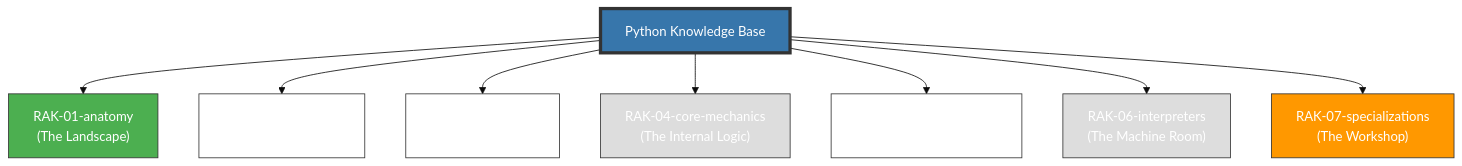
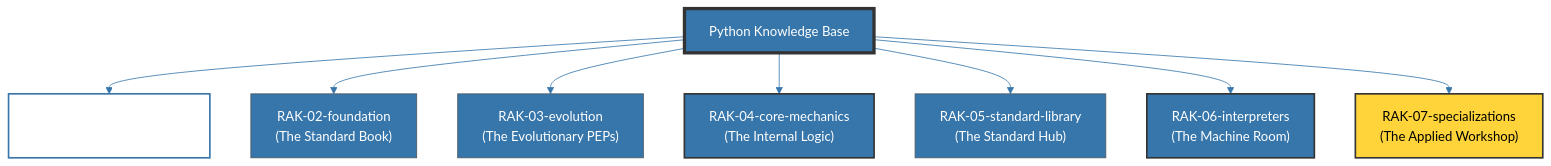
The second of 2 diagrams in README.md (syahputrawork98-sketch/Python-Knowledge-Base), drawn with Mermaid before and after one commit. The commit also changed other lines of this file and 30 other files, not shown here.

Commit message:
feat: initialize Python knowledge base structure with history, philosophy, and documentation standards

````diff
--- a/README.md
+++ b/README.md
@@ -9,25 +51,22 @@
 ```mermaid
-%%{init: {'theme': 'base', 'themeVariables': { 'primaryColor': '#3776AB', 'primaryTextColor': '#FFF'}}}%%
+%%{init: {'theme': 'base', 'themeVariables': { 'primaryColor': '#3776AB', 'primaryTextColor': '#fff', 'lineColor': '#3776AB'}}}%%
 graph TD
     Root["Python Knowledge Base"]
-
-    RAK01["RAK-01-anatomy<br/>(The Landscape)"]
+    
+    RAK01["RAK-01-history-landscape<br/>(The Serpent's Soul)"]
     RAK02["RAK-02-foundation<br/>(The Standard Book)"]
-    RAK03["RAK-03-evolution<br/>(History & Future)"]
+    RAK03["RAK-03-evolution<br/>(The Evolutionary PEPs)"]
     RAK04["RAK-04-core-mechanics<br/>(The Internal Logic)"]
-    RAK05["RAK-05-standard-library<br/>(The Environment)"]
+    RAK05["RAK-05-standard-library<br/>(The Standard Hub)"]
     RAK06["RAK-06-interpreters<br/>(The Machine Room)"]
-    RAK07["RAK-07-specializations<br/>(The Workshop)"]
-
+    RAK07["RAK-07-specializations<br/>(The Applied Workshop)"]
+    
     Root --> RAK01 & RAK02 & RAK03 & RAK04 & RAK05 & RAK06
     Root --> RAK07
-
-    style Root fill:#3776AB,stroke:#333,stroke-width:4px,color:#FFF
-    style RAK01 fill:#4CAF50,stroke:#333,color:#FFF
-    style RAK02 fill:#fff,stroke:#333
-    style RAK03 fill:#fff,stroke:#333
-    style RAK04 fill:#ddd,stroke:#333
-    style RAK05 fill:#fff,stroke:#333
-    style RAK06 fill:#ddd,stroke:#333
-    style RAK07 fill:#FF9800,stroke:#333,color:#FFF
+    
+    style Root fill:#3776AB,stroke:#333,stroke-width:4px,color:#fff
+    style RAK01 fill:#fff,stroke:#3776AB,stroke-width:2px
+    style RAK04 fill:#3776AB,stroke:#333,stroke-width:2px,color:#fff
+    style RAK06 fill:#3776AB,stroke:#333,stroke-width:2px,color:#fff
+    style RAK07 fill:#FFD43B,stroke:#333,stroke-width:2px,color:#000
 ```
````
